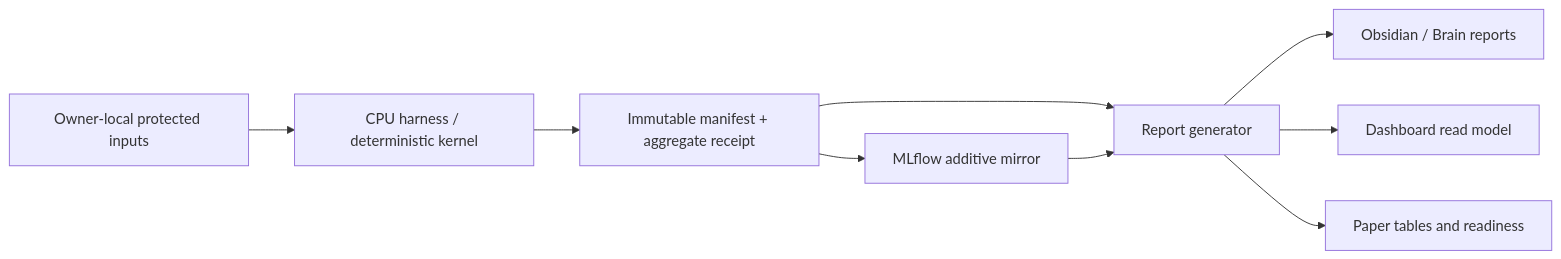
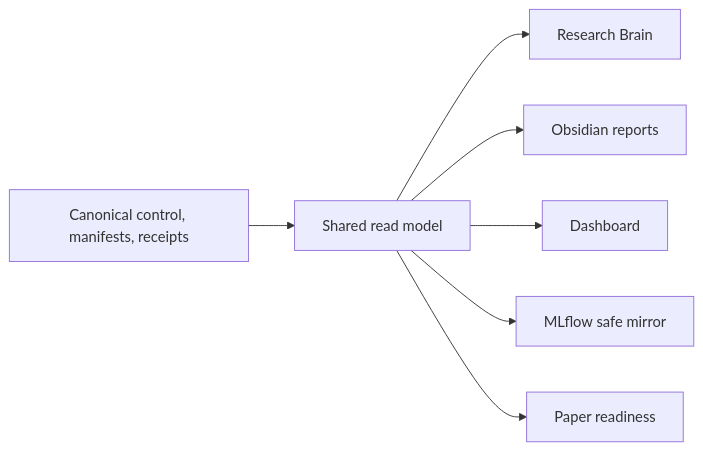
Before and after one commit to siriponsri/myIS: the diagram in PLAN.md, drawn with Mermaid. The commit also changed other lines of this file and 328 other files, not shown here.

Commit message:
refactor: migrate research control plane to ArmIndex

````diff
--- a/PLAN.md
+++ b/PLAN.md
@@ -80,11 +79,9 @@
 ```mermaid
 flowchart LR
-  A[Owner-local protected inputs] --> B[CPU harness / deterministic kernel]
-  B --> C[Immutable manifest + aggregate receipt]
-  C --> D[MLflow additive mirror]
-  C --> E[Report generator]
-  D --> E
-  E --> F[Obsidian / Brain reports]
-  E --> G[Dashboard read model]
-  E --> H[Paper tables and readiness]
+    C[Canonical control, manifests, receipts] --> RM[Shared read model]
+    RM --> B[Research Brain]
+    RM --> O[Obsidian reports]
+    RM --> D[Dashboard]
+    RM --> M[MLflow safe mirror]
+    RM --> P[Paper readiness]
 ```
````
